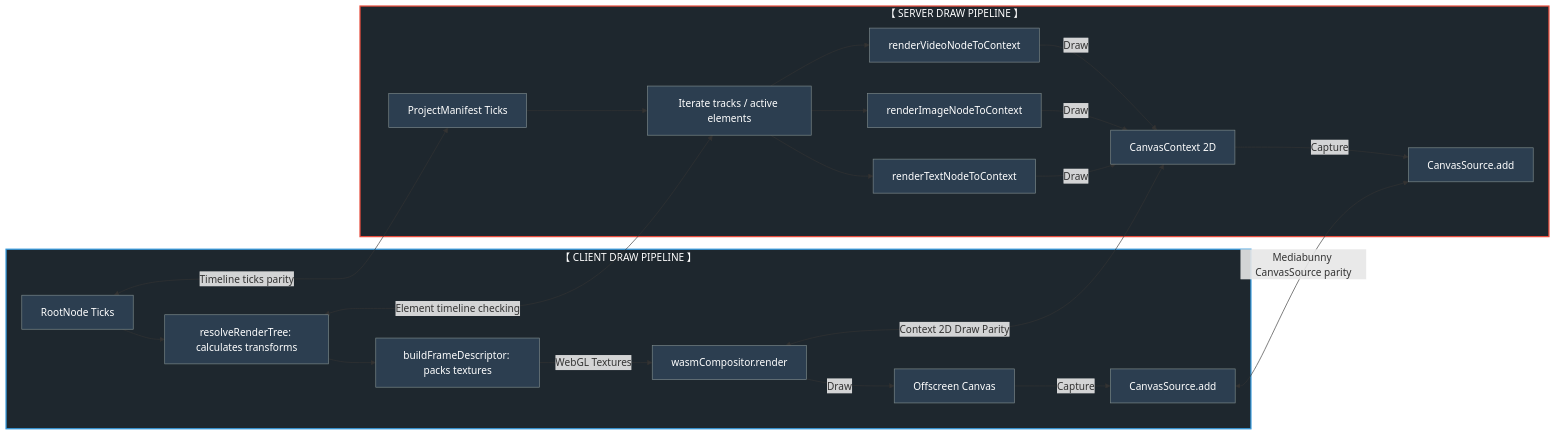
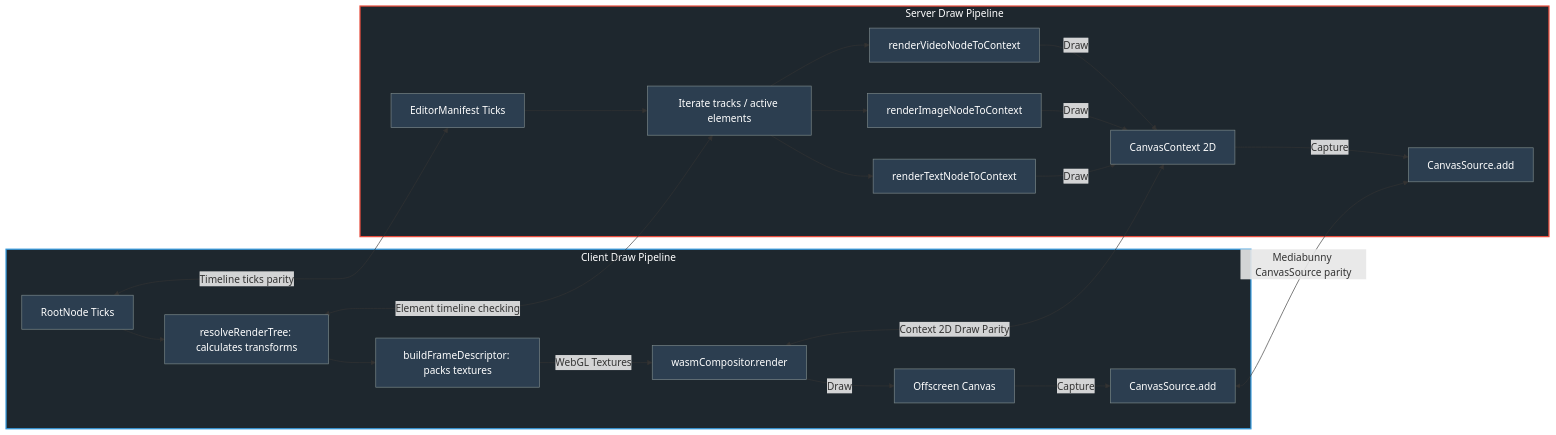
One commit to 2noScript/media-render changed the third of 4 diagrams in docs/render_architecture_plan.md. Above: the diagram before and after it, drawn with Mermaid. The commit also changed other lines of this file and 1 other file, not shown here.

Commit message:
refactor: standardize Mermaid diagram node labels and rename project manifest references to EditorManifest

````diff
--- a/docs/render_architecture_plan.md
+++ b/docs/render_architecture_plan.md
@@ -103,33 +103,33 @@
 ```mermaid
 graph LR
     classDef clientGroup fill:#1e272e,stroke:#3498db,stroke-width:2px,color:#fff;
     classDef serverGroup fill:#1e272e,stroke:#e74c3c,stroke-width:2px,color:#fff;
     classDef stepClass fill:#2c3e50,stroke:#7f8c8d,stroke-width:1px,color:#fff;
 
-    subgraph ClientFlow ["【 CLIENT DRAW PIPELINE 】"]
-        C_In[RootNode Ticks] --> C_Resolve[resolveRenderTree: calculates transforms]
-        C_Resolve --> C_Buffer[buildFrameDescriptor: packs textures]
-        C_Buffer -->|WebGL Textures| C_Wasm[wasmCompositor.render]
-        C_Wasm -->|Draw| C_HTMLCanvas[Offscreen Canvas]
-        C_HTMLCanvas -->|Capture| C_MVideo[CanvasSource.add]
+    subgraph ClientFlow ["Client Draw Pipeline"]
+        C_In["RootNode Ticks"] --> C_Resolve["resolveRenderTree: calculates transforms"]
+        C_Resolve --> C_Buffer["buildFrameDescriptor: packs textures"]
+        C_Buffer -->|WebGL Textures| C_Wasm["wasmCompositor.render"]
+        C_Wasm -->|Draw| C_HTMLCanvas["Offscreen Canvas"]
+        C_HTMLCanvas -->|Capture| C_MVideo["CanvasSource.add"]
     end
 
-    subgraph ServerFlow ["【 SERVER DRAW PIPELINE 】"]
-        S_In[ProjectManifest Ticks] --> S_Loop[Iterate tracks / active elements]
-        S_Loop --> S_Video[renderVideoNodeToContext]
-        S_Loop --> S_Image[renderImageNodeToContext]
-        S_Loop --> S_Text[renderTextNodeToContext]
-        S_Video & S_Image & S_Text -->|Draw| S_Canvas[CanvasContext 2D]
-        S_Canvas -->|Capture| S_MVideo[CanvasSource.add]
+    subgraph ServerFlow ["Server Draw Pipeline"]
+        S_In["EditorManifest Ticks"] --> S_Loop["Iterate tracks / active elements"]
+        S_Loop --> S_Video["renderVideoNodeToContext"]
+        S_Loop --> S_Image["renderImageNodeToContext"]
+        S_Loop --> S_Text["renderTextNodeToContext"]
+        S_Video & S_Image & S_Text -->|Draw| S_Canvas["CanvasContext 2D"]
+        S_Canvas -->|Capture| S_MVideo["CanvasSource.add"]
     end
 
     C_In <-->|Timeline ticks parity| S_In
     C_Resolve <-->|Element timeline checking| S_Loop
     C_Wasm <-->|Context 2D Draw Parity| S_Canvas
     C_MVideo <-->|Mediabunny CanvasSource parity| S_MVideo
 
     class C_In,C_Resolve,C_Buffer,C_Wasm,C_HTMLCanvas,C_MVideo stepClass;
     class S_In,S_Loop,S_Video,S_Image,S_Text,S_Canvas,S_MVideo stepClass;
     class ClientFlow clientGroup;
     class ServerFlow serverGroup;
 ```
````
